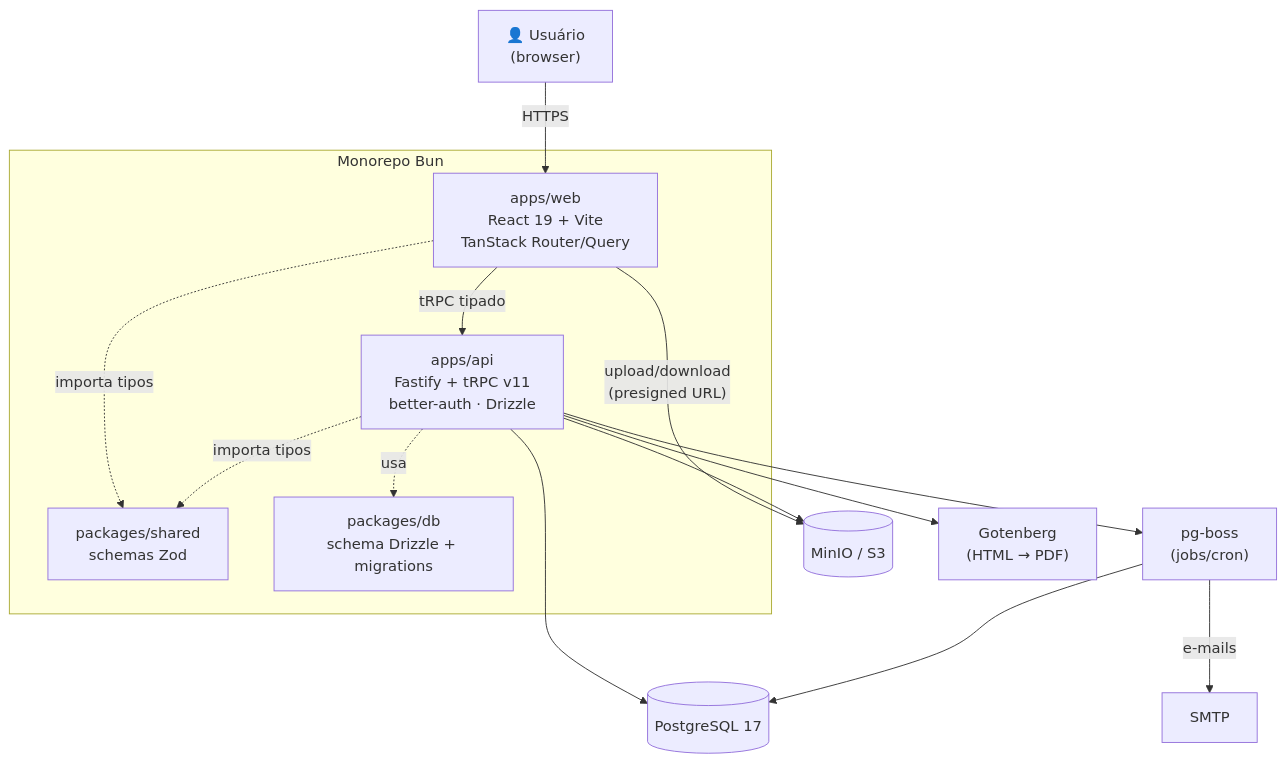
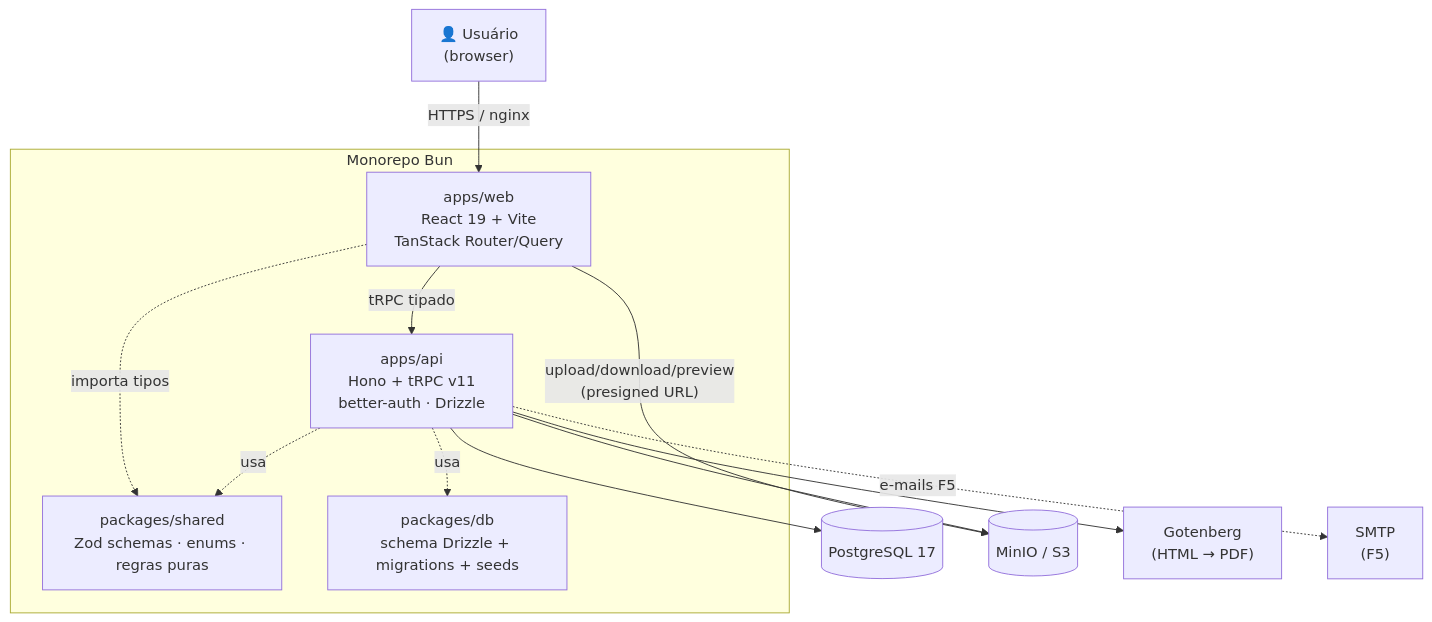
Before and after one commit to jcjoo/easynr10-fable: the second of 8 diagrams in projeto.md, drawn with Mermaid. The commit also changed other lines of this file and 89 other files, not shown here.

````diff
--- a/projeto.md
+++ b/projeto.md
@@ -173,30 +170,27 @@
 ```mermaid
 graph TB
     U["👤 Usuário<br/>(browser)"]
 
     subgraph Monorepo["Monorepo Bun"]
         WEB["apps/web<br/>React 19 + Vite<br/>TanStack Router/Query"]
-        API["apps/api<br/>Fastify + tRPC v11<br/>better-auth · Drizzle"]
-        SHARED["packages/shared<br/>schemas Zod"]
-        DB_PKG["packages/db<br/>schema Drizzle + migrations"]
+        API["apps/api<br/>Hono + tRPC v11<br/>better-auth · Drizzle"]
+        SHARED["packages/shared<br/>Zod schemas · enums · regras puras"]
+        DB_PKG["packages/db<br/>schema Drizzle + migrations + seeds"]
     end
 
     PG[("PostgreSQL 17")]
     S3[("MinIO / S3")]
     GOT["Gotenberg<br/>(HTML → PDF)"]
-    SMTP["SMTP"]
-    JOBS["pg-boss<br/>(jobs/cron)"]
+    SMTP["SMTP<br/>(F5)"]
 
-    U -->|HTTPS| WEB
+    U -->|HTTPS / nginx| WEB
     WEB -->|tRPC tipado| API
-    WEB -->|"upload/download<br/>(presigned URL)"| S3
+    WEB -->|"upload/download/preview<br/>(presigned URL)"| S3
     API --> PG
     API --> S3
     API --> GOT
-    API --> JOBS
-    JOBS --> PG
-    JOBS -->|e-mails| SMTP
+    API -.->|e-mails F5| SMTP
     WEB -.importa tipos.-> SHARED
-    API -.importa tipos.-> SHARED
+    API -.usa.-> SHARED
     API -.usa.-> DB_PKG
 ```
````
